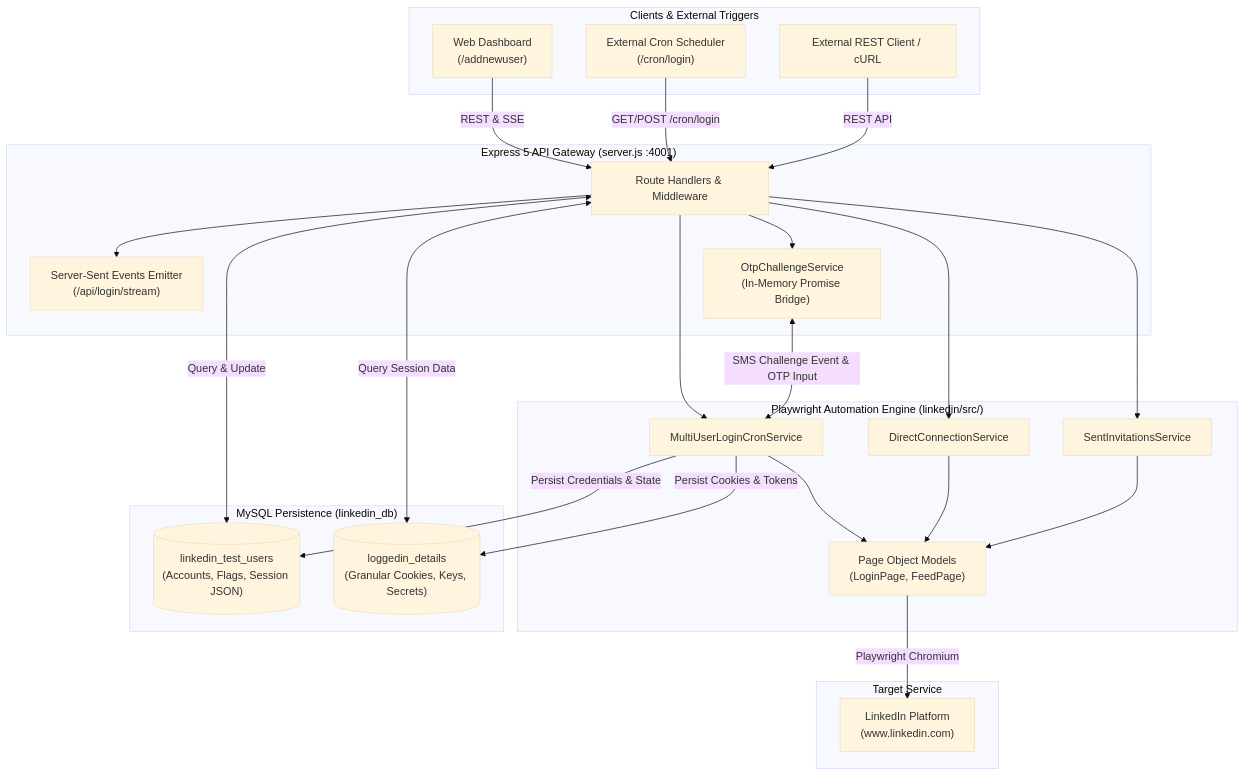
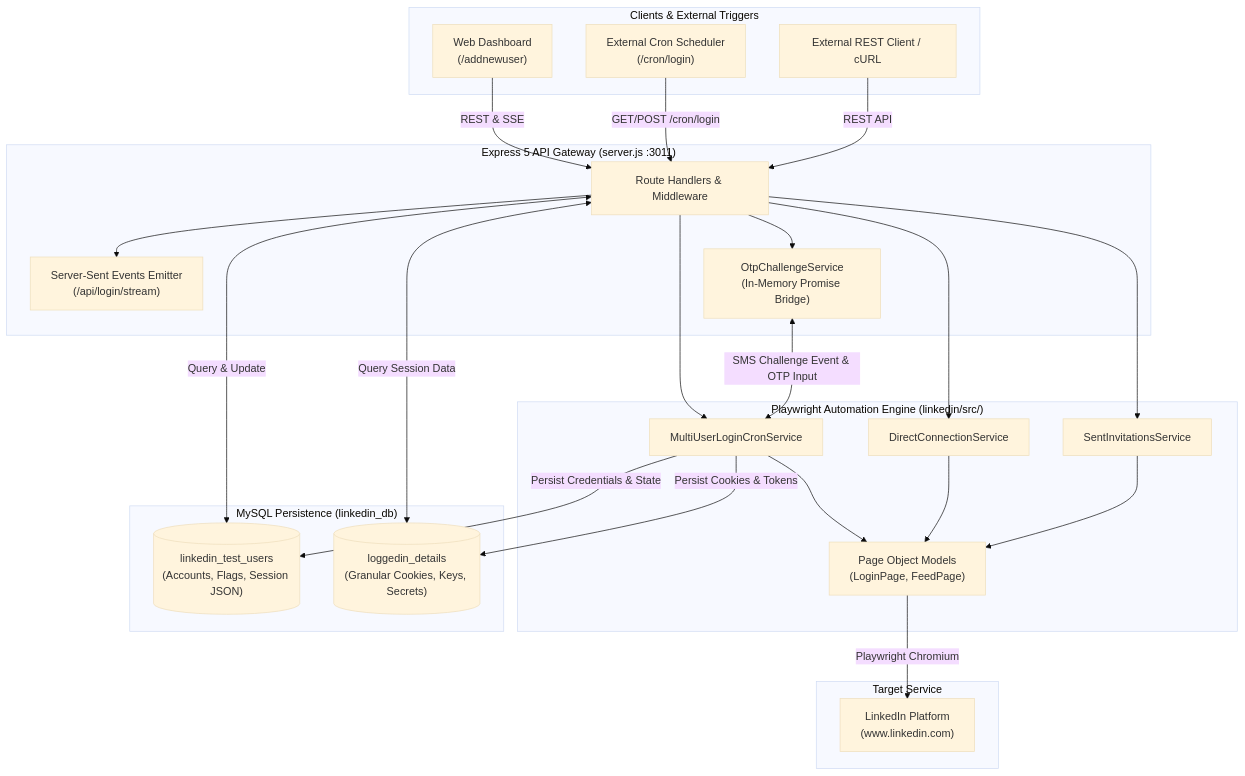
Before and after one commit to digitarmedia-techteam/linkedin_auto_test: the diagram in PROJECT_SETUP_AND_HANDOVER_GUIDE.md, drawn with Mermaid (base theme). The commit also changed other lines of this file and 33 other files, not shown here.

````diff
--- a/PROJECT_SETUP_AND_HANDOVER_GUIDE.md
+++ b/PROJECT_SETUP_AND_HANDOVER_GUIDE.md
@@ -17,51 +17,51 @@
 ```mermaid
 flowchart TD
     subgraph Clients["Clients & External Triggers"]
         UI["Web Dashboard\n(/addnewuser)"]
         CronTrigger["External Cron Scheduler\n(/cron/login)"]
         ThirdParty["External REST Client / cURL"]
     end
 
-    subgraph Backend["Express 5 API Gateway (server.js :4001)"]
+    subgraph Backend["Express 5 API Gateway (server.js :3011)"]
         Router["Route Handlers & Middleware"]
         SSE["Server-Sent Events Emitter\n(/api/login/stream)"]
         OTPManager["OtpChallengeService\n(In-Memory Promise Bridge)"]
     end
 
     subgraph Automation["Playwright Automation Engine (linkedin/src/)"]
         MultiCron["MultiUserLoginCronService"]
         DirectConn["DirectConnectionService"]
         SentInvites["SentInvitationsService"]
         POM["Page Object Models\n(LoginPage, FeedPage)"]
     end
 
     subgraph LinkedIn["Target Service"]
         LI["LinkedIn Platform\n(www.linkedin.com)"]
     end
 
     subgraph Database["MySQL Persistence (linkedin_db)"]
         UsersTable[("linkedin_test_users\n(Accounts, Flags, Session JSON)")]
         DetailsTable[("loggedin_details\n(Granular Cookies, Keys, Secrets)")]
     end
 
     UI -->|REST & SSE| Router
     CronTrigger -->|GET/POST /cron/login| Router
     ThirdParty -->|REST API| Router
 
     Router --> SSE
     Router --> OTPManager
     Router --> MultiCron
     Router --> DirectConn
     Router --> SentInvites
 
     MultiCron --> POM
     DirectConn --> POM
     SentInvites --> POM
     POM -->|Playwright Chromium| LI
 
     OTPManager <-->|SMS Challenge Event & OTP Input| MultiCron
     MultiCron -->|Persist Credentials & State| UsersTable
     MultiCron -->|Persist Cookies & Tokens| DetailsTable
     Router <-->|Query & Update| UsersTable
     Router <-->|Query Session Data| DetailsTable
 ```
````
